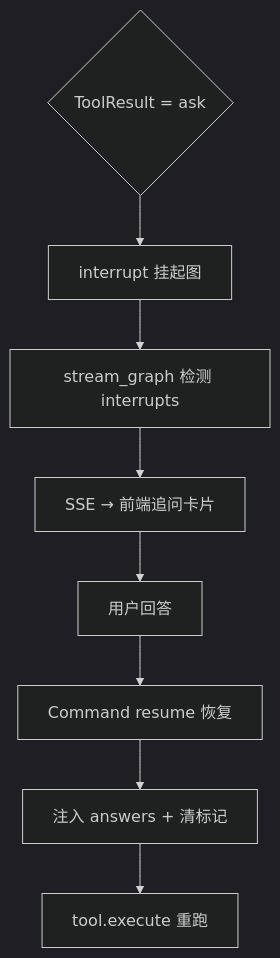
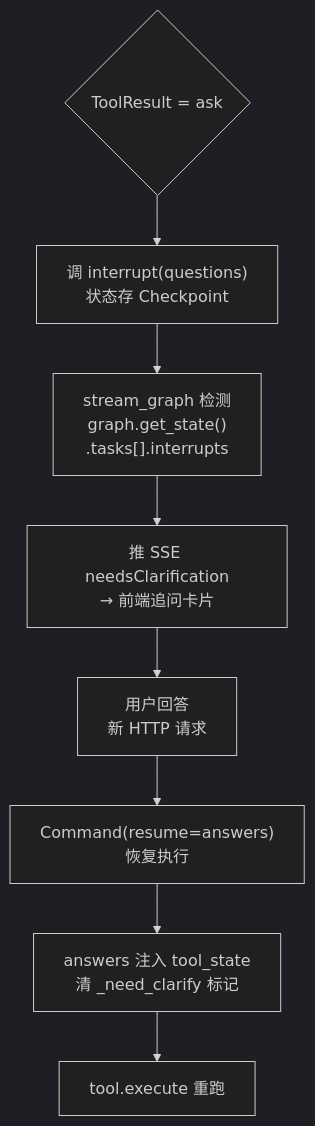
One commit to 996Code/llm-to-modeler changed the seventh of 33 diagrams in doc/系统架构与学习指南.md. Above: the diagram before and after it, drawn with Mermaid (dark theme). The commit also changed other lines of this file and 82 other files, not shown here.

````diff
--- a/doc/系统架构与学习指南.md
+++ b/doc/系统架构与学习指南.md
@@ -118,10 +142,11 @@
 ```mermaid
 flowchart TD
-    E4{"ToolResult = ask"} --> Interrupt["interrupt 挂起图"]
-    Interrupt --> Check["stream_graph 检测 interrupts"]
-    Check --> SSE["SSE → 前端追问卡片"]
-    SSE --> User["用户回答"]
-    User --> Resume["Command resume 恢复"]
-    Resume --> Inject["注入 answers + 清标记"]
-    Inject --> Rerun["tool.execute 重跑"]
+    E4{"ToolResult = ask"}
+    --> Interrupt["调 interrupt(questions)<br/>状态存 Checkpoint"]
+    --> Check["stream_graph 检测<br/>graph.get_state()<br/>.tasks[].interrupts"]
+    --> SSE["推 SSE needsClarification<br/>→ 前端追问卡片"]
+    --> User["用户回答<br/>新 HTTP 请求"]
+    --> Resume["Command(resume=answers)<br/>恢复执行"]
+    --> Inject["answers 注入 tool_state<br/>清 _need_clarify 标记"]
+    --> Rerun["tool.execute 重跑"]
 ```
````
